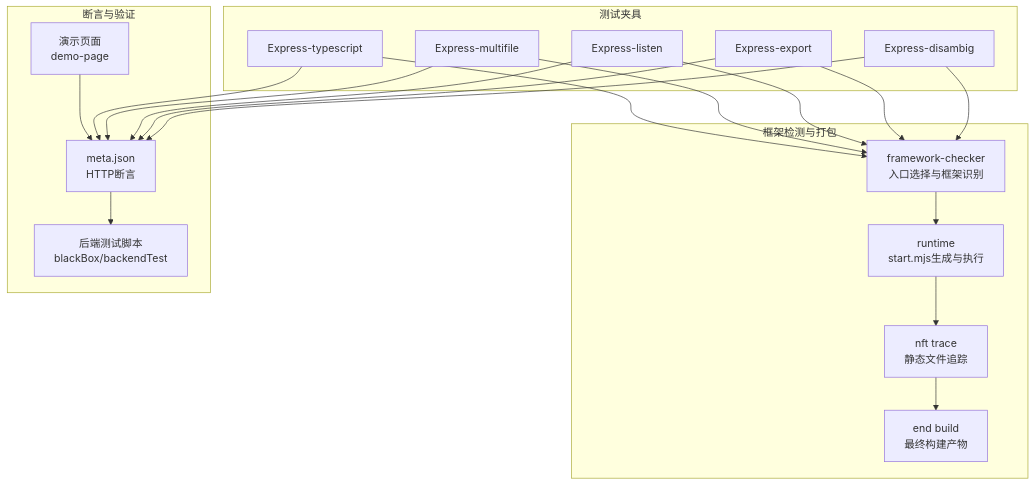
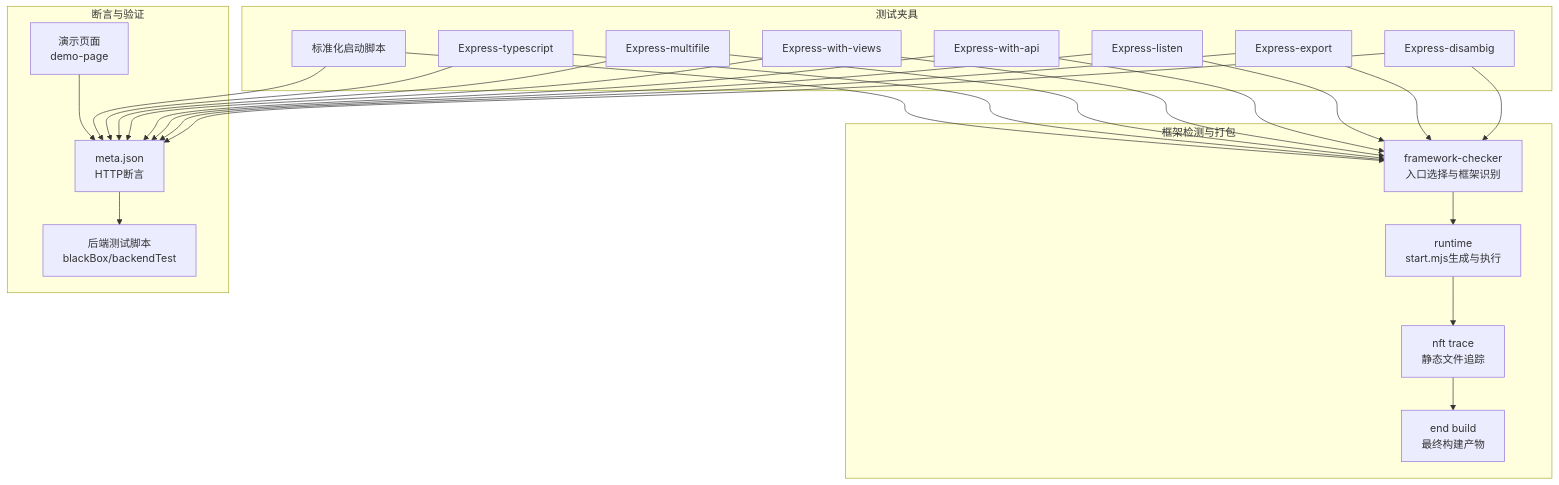
Before and after one commit to esa-sp/test-for-aone-ci: the second of 12 diagrams in .qoder/repowiki/zh/content/后端框架测试/Express框架测试.md, drawn with Mermaid. The commit also changed other lines of this file and 15 other files, not shown here.

````diff
--- a/.qoder/repowiki/zh/content/后端框架测试/Express框架测试.md
+++ b/.qoder/repowiki/zh/content/后端框架测试/Express框架测试.md
@@ -116,36 +142,45 @@
 ```mermaid
 graph TB
 subgraph "框架检测与打包"
 FC["framework-checker<br/>入口选择与框架识别"]
 RTM["runtime<br/>start.mjs生成与执行"]
 NFT["nft trace<br/>静态文件追踪"]
 END["end build<br/>最终构建产物"]
 end
 subgraph "测试夹具"
 F1["Express-disambig"]
 F2["Express-export"]
 F3["Express-listen"]
-F4["Express-multifile"]
-F5["Express-typescript"]
+F4["Express-with-api"]
+F5["Express-with-views"]
+F6["Express-multifile"]
+F7["Express-typescript"]
+F8["标准化启动脚本"]
 end
 subgraph "断言与验证"
 META["meta.json<br/>HTTP断言"]
 BT["后端测试脚本<br/>blackBox/backendTest"]
 DP["演示页面<br/>demo-page"]
 end
 F1 --> FC
 F2 --> FC
 F3 --> FC
 F4 --> FC
 F5 --> FC
+F6 --> FC
+F7 --> FC
+F8 --> FC
 FC --> RTM
 RTM --> NFT
 NFT --> END
 F1 --> META
 F2 --> META
 F3 --> META
 F4 --> META
 F5 --> META
+F6 --> META
+F7 --> META
+F8 --> META
 META --> BT
 DP --> META
 ```
````
